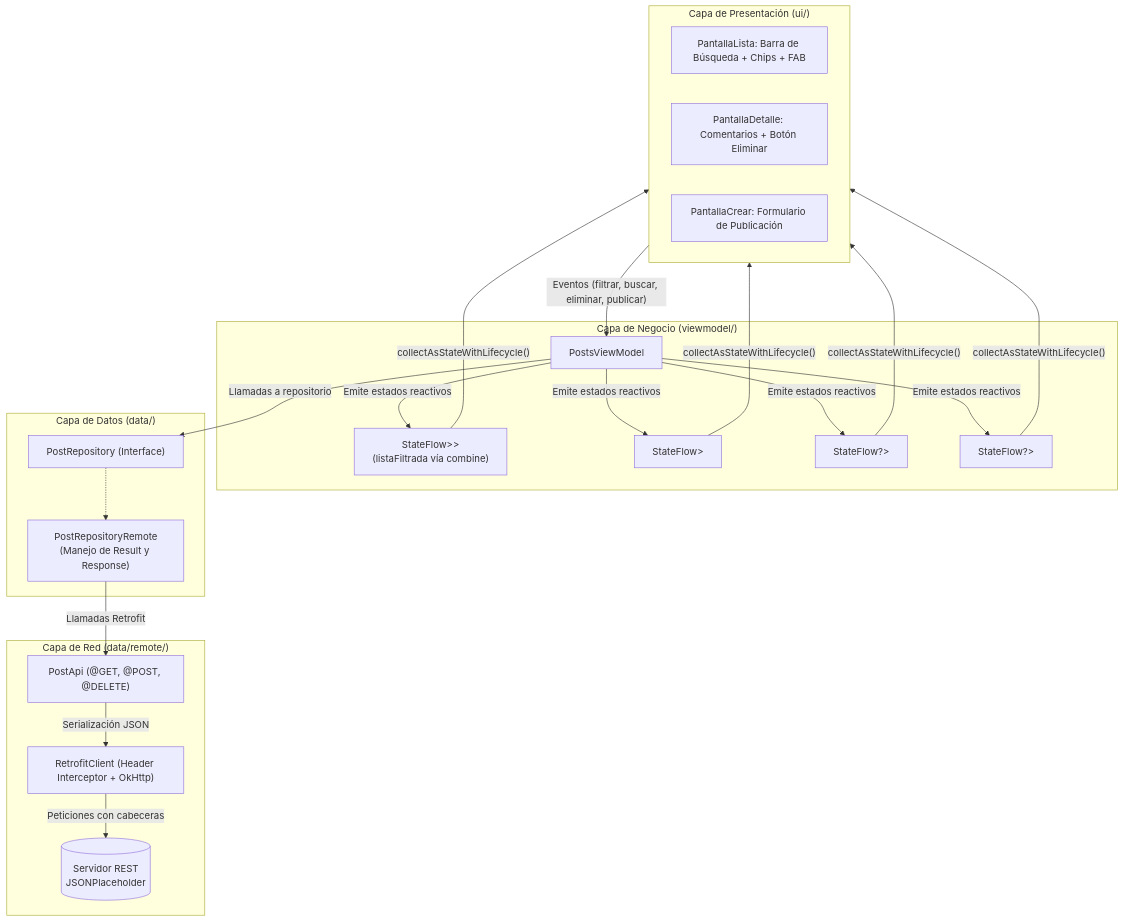
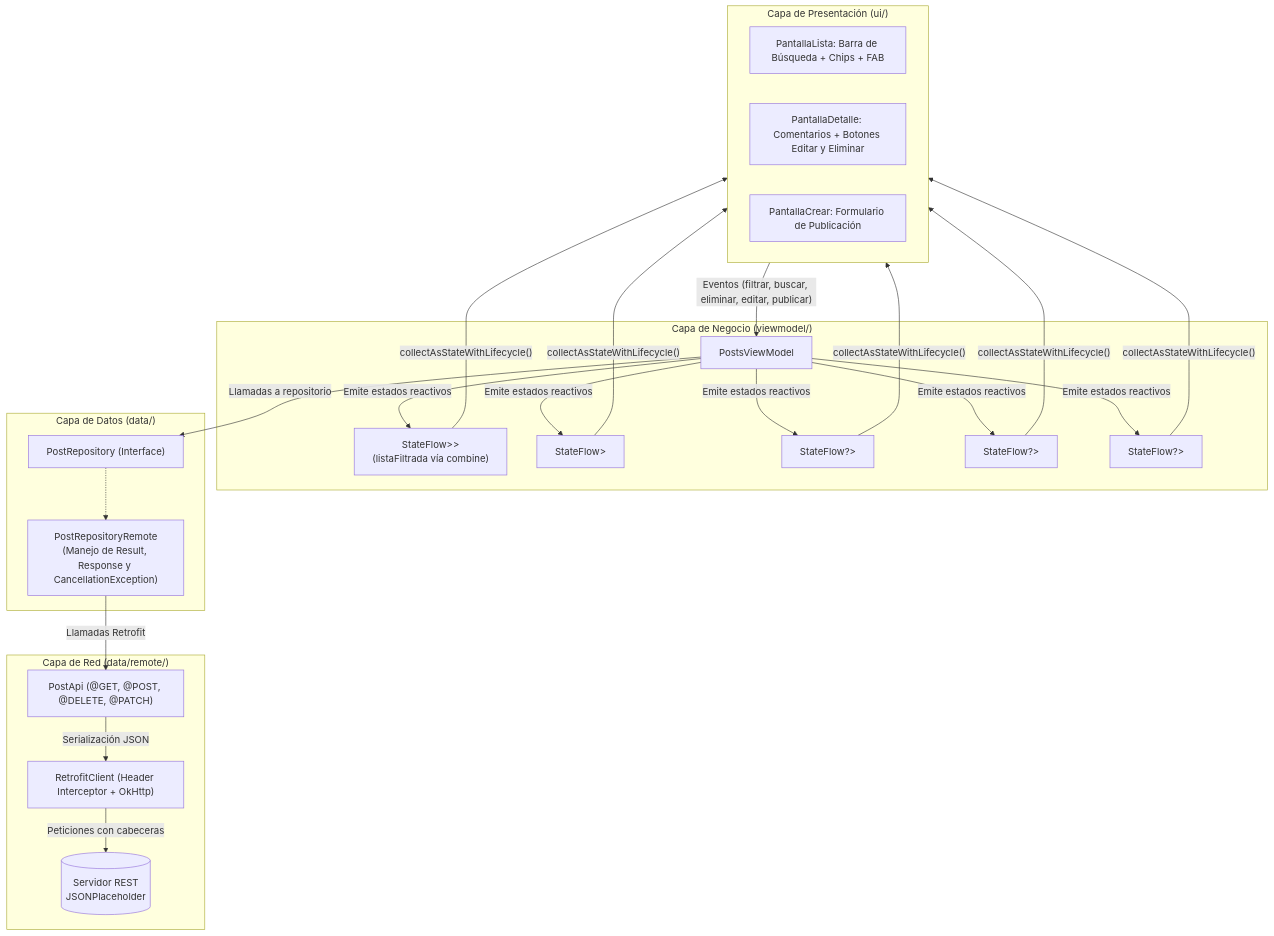
The diagram in Semana09/MuroCampus(Con-IA)/README.md (Jamestecsup/-Moviles_Android), drawn with Mermaid before and after one commit. The commit also changed other lines of this file and 1 other file, not shown here.

Commit message:
docs: actualiza PROMPTS.md con analisis de PATCH y actualiza README

````diff
--- a/Semana09/MuroCampus(Con-IA)/README.md
+++ b/Semana09/MuroCampus(Con-IA)/README.md
@@ -14,36 +15,37 @@
 ```mermaid
 flowchart TD
     subgraph UI ["Capa de Presentación (ui/)"]
         V[PantallaLista: Barra de Búsqueda + Chips + FAB]
-        VD[PantallaDetalle: Comentarios + Botón Eliminar]
+        VD[PantallaDetalle: Comentarios + Botones Editar y Eliminar]
         VC[PantallaCrear: Formulario de Publicación]
     end
 
     subgraph ViewModelLayer ["Capa de Negocio (viewmodel/)"]
         VM[PostsViewModel]
         StateList["StateFlow<UiState<List<Post>>>\n(listaFiltrada vía combine)"]
         StateDetail["StateFlow<UiState<DetalleUi>>"]
         StateCreate["StateFlow<UiState<Post>?>"]
         StateDelete["StateFlow<UiState<Unit>?>"]
+        StateEdit["StateFlow<UiState<Post>?>"]
     end
 
     subgraph DataLayer ["Capa de Datos (data/)"]
         Repo["PostRepository (Interface)"]
-        RepoImpl["PostRepositoryRemote\n(Manejo de Result y Response<Unit>)"]
+        RepoImpl["PostRepositoryRemote\n(Manejo de Result, Response y CancellationException)"]
     end
 
     subgraph NetworkLayer ["Capa de Red (data/remote/)"]
-        API["PostApi (@GET, @POST, @DELETE)"]
+        API["PostApi (@GET, @POST, @DELETE, @PATCH)"]
         Client["RetrofitClient (Header Interceptor + OkHttp)"]
         Server[("Servidor REST\nJSONPlaceholder")]
     end
 
-    UI -- "Eventos (filtrar, buscar, eliminar, publicar)" --> VM
-    VM -- "Emite estados reactivos" --> StateList & StateDetail & StateCreate & StateDelete
-    StateList & StateDetail & StateCreate & StateDelete -- "collectAsStateWithLifecycle()" --> UI
+    UI -- "Eventos (filtrar, buscar, eliminar, editar, publicar)" --> VM
+    VM -- "Emite estados reactivos" --> StateList & StateDetail & StateCreate & StateDelete & StateEdit
+    StateList & StateDetail & StateCreate & StateDelete & StateEdit -- "collectAsStateWithLifecycle()" --> UI
     VM -- "Llamadas a repositorio" --> Repo
     Repo -.-> RepoImpl
     RepoImpl -- "Llamadas Retrofit" --> API
     API -- "Serialización JSON" --> Client
     Client -- "Peticiones con cabeceras" --> Server
 ```
````
